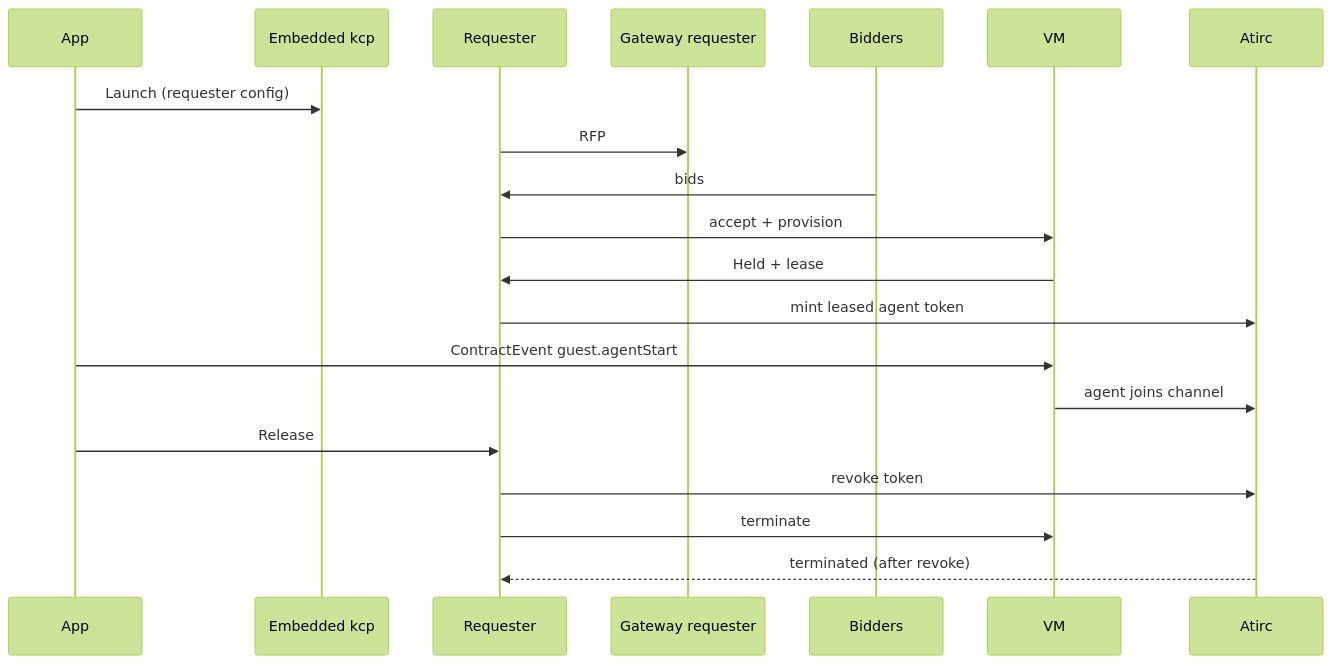
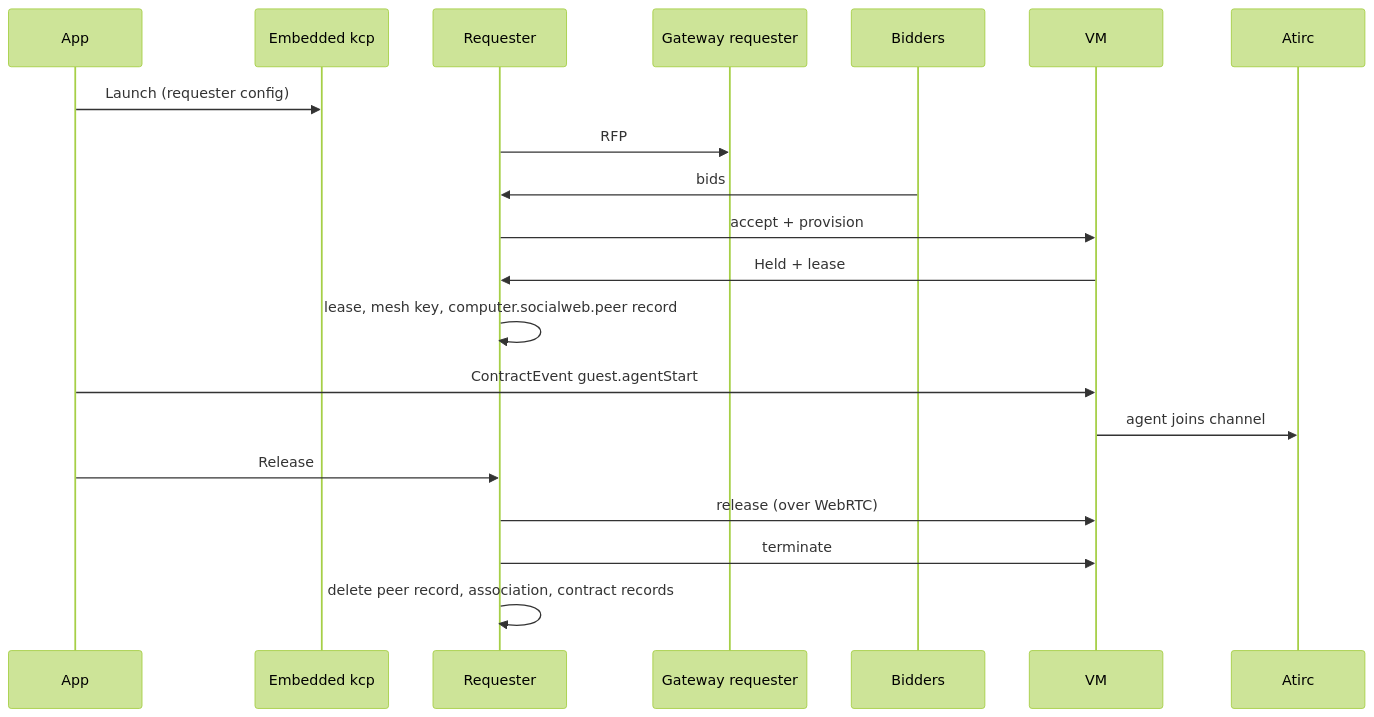
The second of 2 diagrams in docs/acceptance/0010-ios-app.md (publicdomainrelay/socialweb-computer-kcp), drawn with Mermaid (forest theme) before and after one commit. The commit also changed other lines of this file, not shown here.

First line of the commit message:
acceptance 0010: passes on the simulator over WebRTC-only bidder endpoints (alice, aaab79d0)

````diff
--- a/docs/acceptance/0010-ios-app.md
+++ b/docs/acceptance/0010-ios-app.md
@@ -194,22 +212,22 @@
 ```mermaid
 sequenceDiagram
     participant App
     participant KCP as Embedded kcp
     participant Requester
     participant Gateway as Gateway requester
     participant Bidders
     participant VM
     participant Atirc
     App->>KCP: Launch (requester config)
     Requester->>Gateway: RFP
     Bidders->>Requester: bids
     Requester->>VM: accept + provision
     VM->>Requester: Held + lease
-    Requester->>Atirc: mint leased agent token
+    Requester->>Requester: lease, mesh key, computer.socialweb.peer record
     App->>VM: ContractEvent guest.agentStart
     VM->>Atirc: agent joins channel
     App->>Requester: Release
-    Requester->>Atirc: revoke token
+    Requester->>VM: release (over WebRTC)
     Requester->>VM: terminate
-    Atirc-->>Requester: terminated (after revoke)
+    Requester->>Requester: delete peer record, association, contract records
 ```
````
